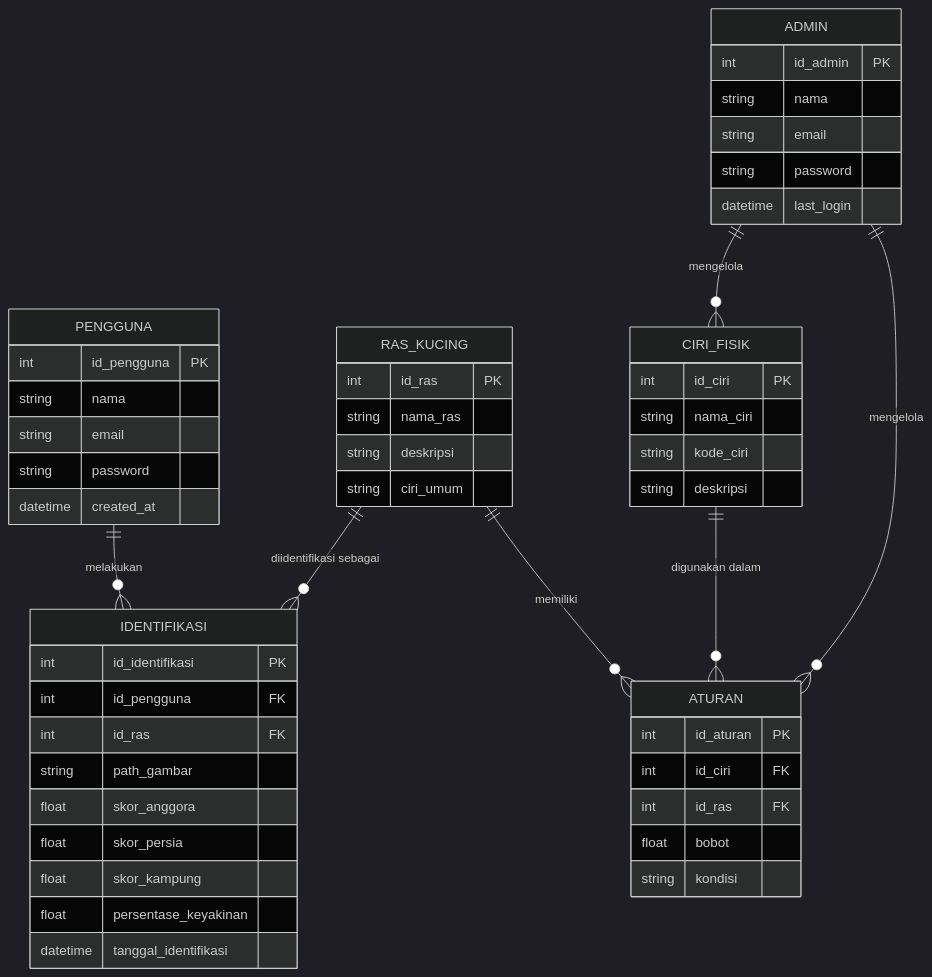
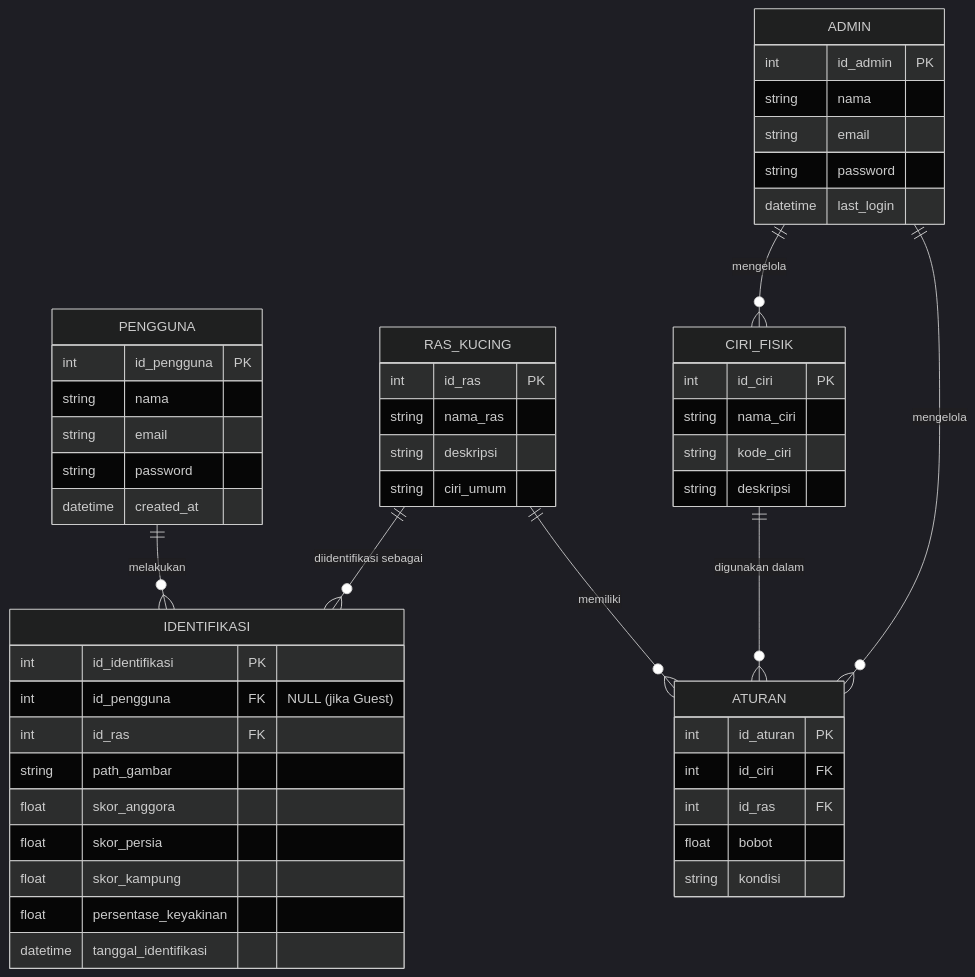
One commit to bimoBintang/identifikasi-ras-kucing changed the diagram in ERD.md. Above: the diagram before and after it, drawn with Mermaid (dark theme). The commit also changed other lines of this file and 1 other file, not shown here.

Commit message:
docs: support guest mode with localstorage

````diff
--- a/ERD.md
+++ b/ERD.md
@@ -10,61 +10,61 @@
 ```mermaid
 erDiagram
 
     PENGGUNA {
         int id_pengguna PK
         string nama
         string email
         string password
         datetime created_at
     }
 
     IDENTIFIKASI {
         int id_identifikasi PK
-        int id_pengguna FK
+        int id_pengguna FK "NULL (jika Guest)"
         int id_ras FK
         string path_gambar
         float skor_anggora
         float skor_persia
         float skor_kampung
         float persentase_keyakinan
         datetime tanggal_identifikasi
     }
 
     RAS_KUCING {
         int id_ras PK
         string nama_ras
         string deskripsi
         string ciri_umum
     }
 
     CIRI_FISIK {
         int id_ciri PK
         string nama_ciri
         string kode_ciri
         string deskripsi
     }
 
     ATURAN {
         int id_aturan PK
         int id_ciri FK
         int id_ras FK
         float bobot
         string kondisi
     }
 
     ADMIN {
         int id_admin PK
         string nama
         string email
         string password
         datetime last_login
     }
 
     %% Relasi
     PENGGUNA ||--o{ IDENTIFIKASI : "melakukan"
     RAS_KUCING ||--o{ IDENTIFIKASI : "diidentifikasi sebagai"
     CIRI_FISIK ||--o{ ATURAN : "digunakan dalam"
     RAS_KUCING ||--o{ ATURAN : "memiliki"
     ADMIN ||--o{ CIRI_FISIK : "mengelola"
     ADMIN ||--o{ ATURAN : "mengelola"
 ```
````
